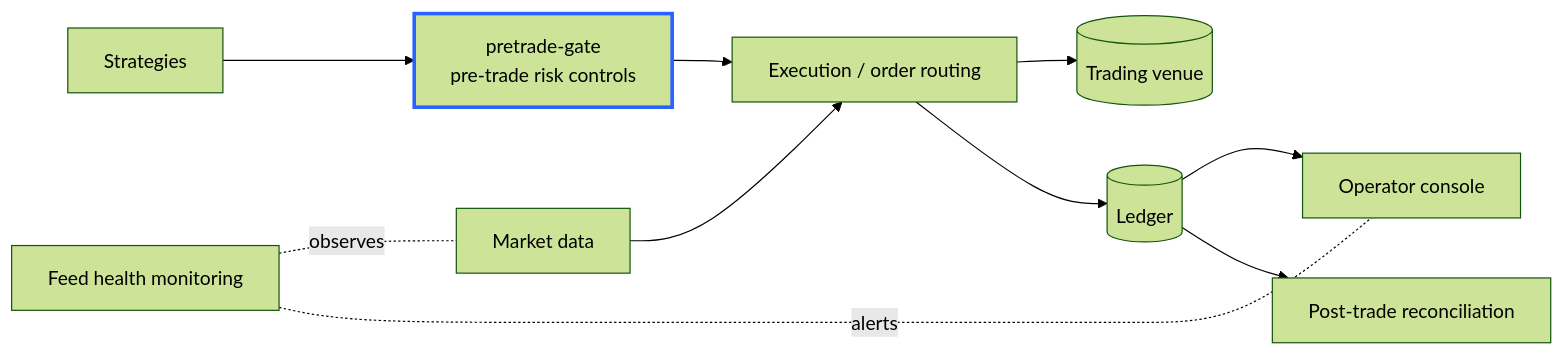
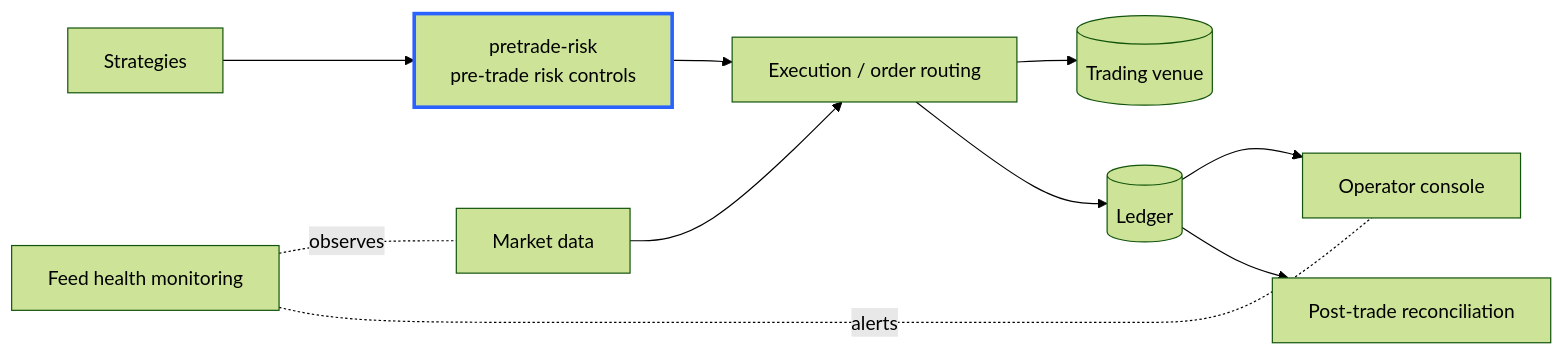
One commit to zayansalman/pretrade-risk-controls changed the first of 3 diagrams in README.md. Above: the diagram before and after it, drawn with Mermaid (forest theme). The commit also changed other lines of this file and 21 other files, not shown here.

First line of the commit message:
refactor!: rename to pretrade-risk

````diff
--- a/README.md
+++ b/README.md
@@ -238,14 +238,14 @@
 ```mermaid
 flowchart LR
-    S[Strategies] --> R[pretrade-gate<br/>pre-trade risk controls]
+    S[Strategies] --> R[pretrade-risk<br/>pre-trade risk controls]
     D[Market data] --> E
     R --> E[Execution / order routing]
     E --> V[(Trading venue)]
     E --> L[(Ledger)]
     L --> C[Operator console]
     L --> P[Post-trade reconciliation]
     F[Feed health monitoring] -.observes.- D
     F -.alerts.- C
     classDef here stroke-width:3px,stroke:#2962ff
     class R here
 ```
````
